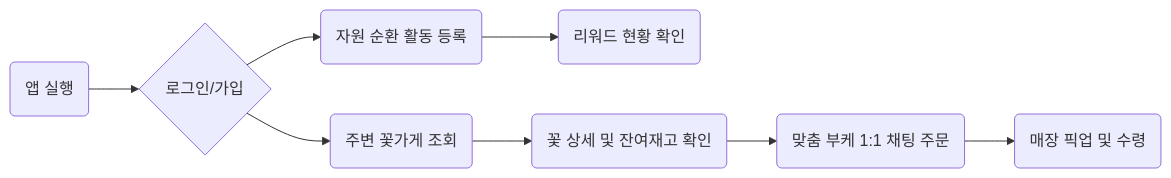
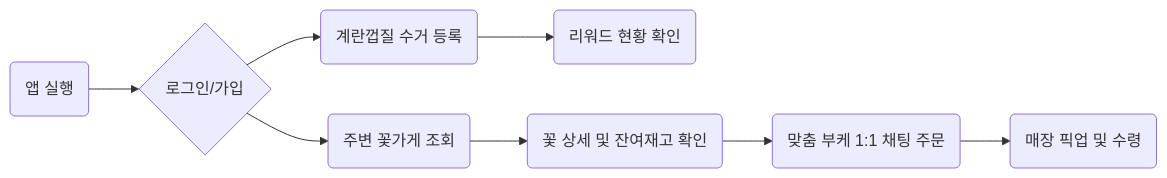
The second of 5 diagrams in README.md (PNU-2026-AI-Hackathon/pnuai-b-04-Dalmegg), drawn with Mermaid before and after one commit. The commit also changed other lines of this file, not shown here.

````diff
--- a/README.md
+++ b/README.md
@@ -172,10 +172,10 @@
 ```mermaid
 flowchart LR
   A(앱 실행) --> B{로그인/가입}
-  B --> C(자원 순환 활동 등록)
+  B --> C(계란껍질 수거 등록)
   B --> D(주변 꽃가게 조회)
   C --> E(리워드 현황 확인)
   D --> F(꽃 상세 및 잔여재고 확인)
   F --> G(맞춤 부케 1:1 채팅 주문)
   G --> H(매장 픽업 및 수령)
 ```
````
